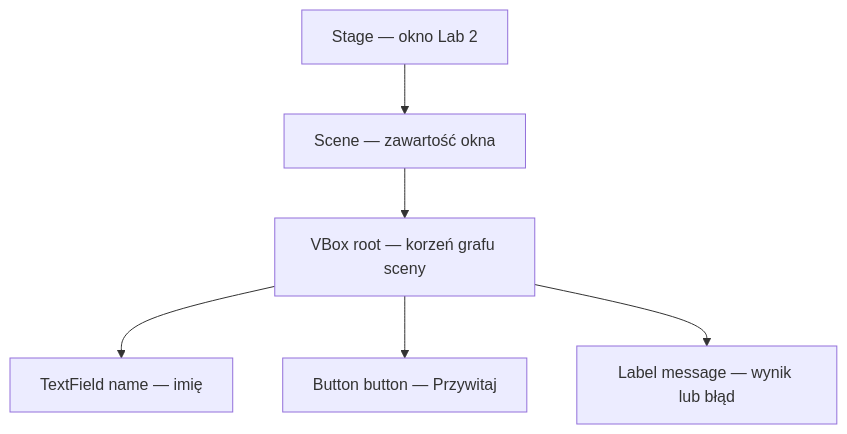
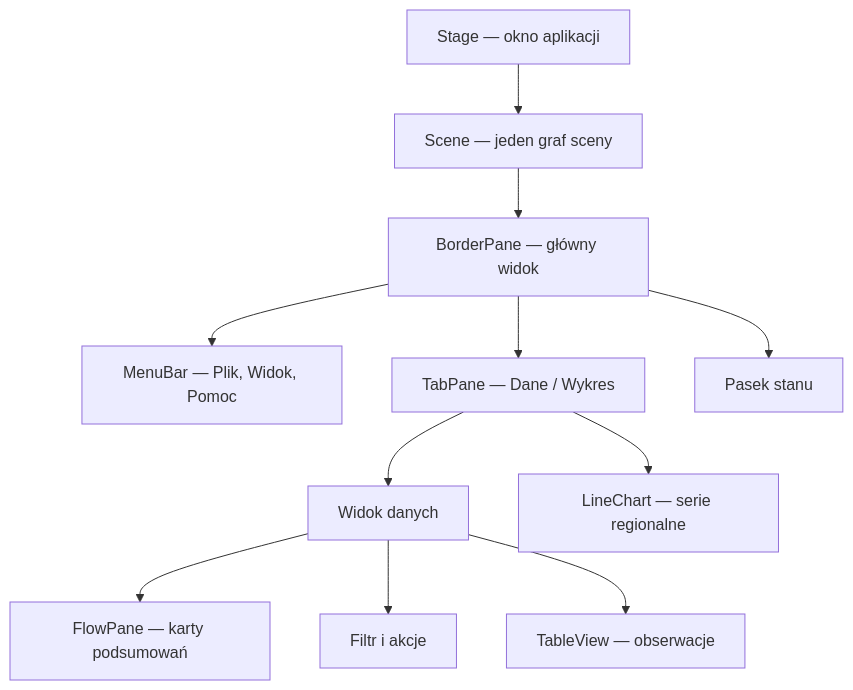
One commit to wgalka/PO2-Java changed the first of 13 diagrams in 2026-2027/lab2/README.md. Above: the diagram before and after it, drawn with Mermaid. The commit also changed other lines of this file and 64 other files, not shown here.

````diff
--- a/2026-2027/lab2/README.md
+++ b/2026-2027/lab2/README.md
@@ -111,8 +123,13 @@
 ```mermaid
 flowchart TD
-    W["Stage — okno Lab 2"] --> S["Scene — zawartość okna"]
-    S --> V["VBox root — korzeń grafu sceny"]
-    V --> F["TextField name — imię"]
-    V --> B["Button button — Przywitaj"]
-    V --> L["Label message — wynik lub błąd"]
+    W["Stage — okno aplikacji"] --> S["Scene — jeden graf sceny"]
+    S --> R["BorderPane — główny widok"]
+    R --> M["MenuBar — Plik, Widok, Pomoc"]
+    R --> T["TabPane — Dane / Wykres"]
+    T --> D["Widok danych"]
+    D --> C["FlowPane — karty podsumowań"]
+    D --> F["Filtr i akcje"]
+    D --> V["TableView — obserwacje"]
+    T --> G["LineChart — serie regionalne"]
+    R --> B["Pasek stanu"]
 ```
````
